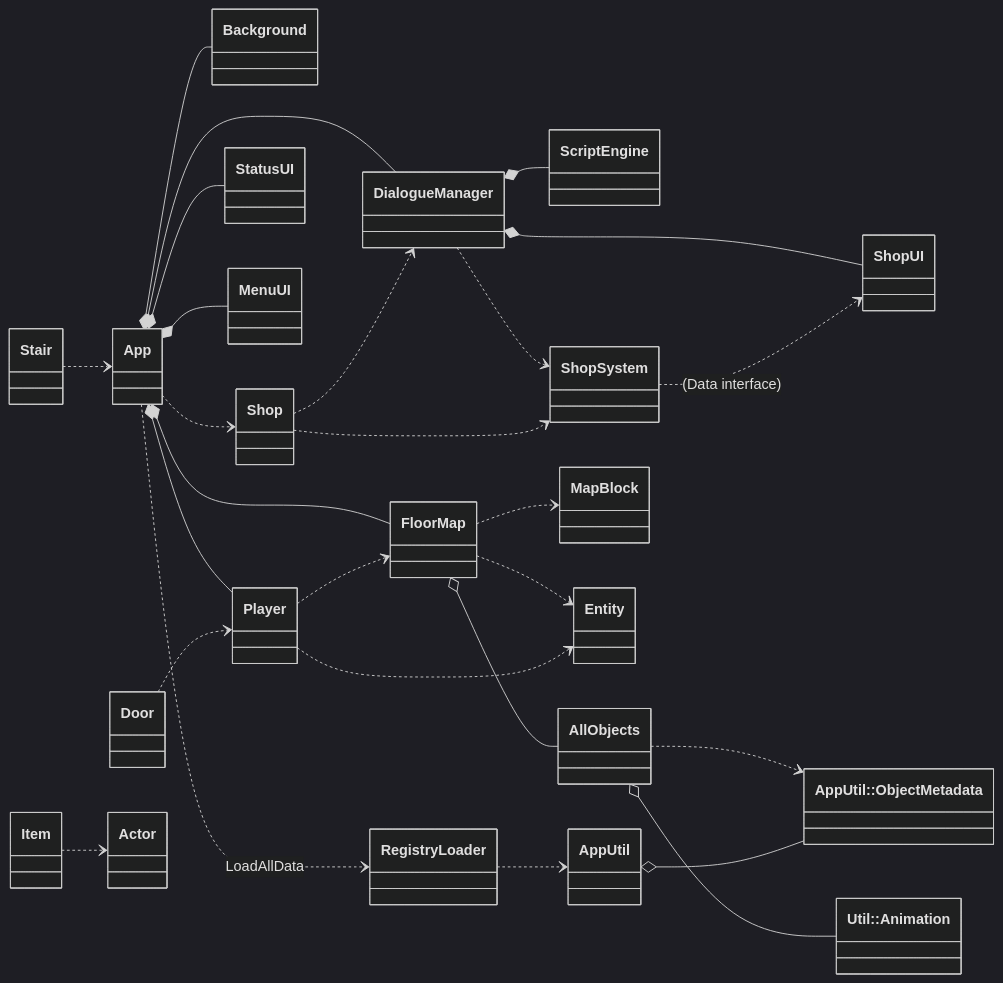
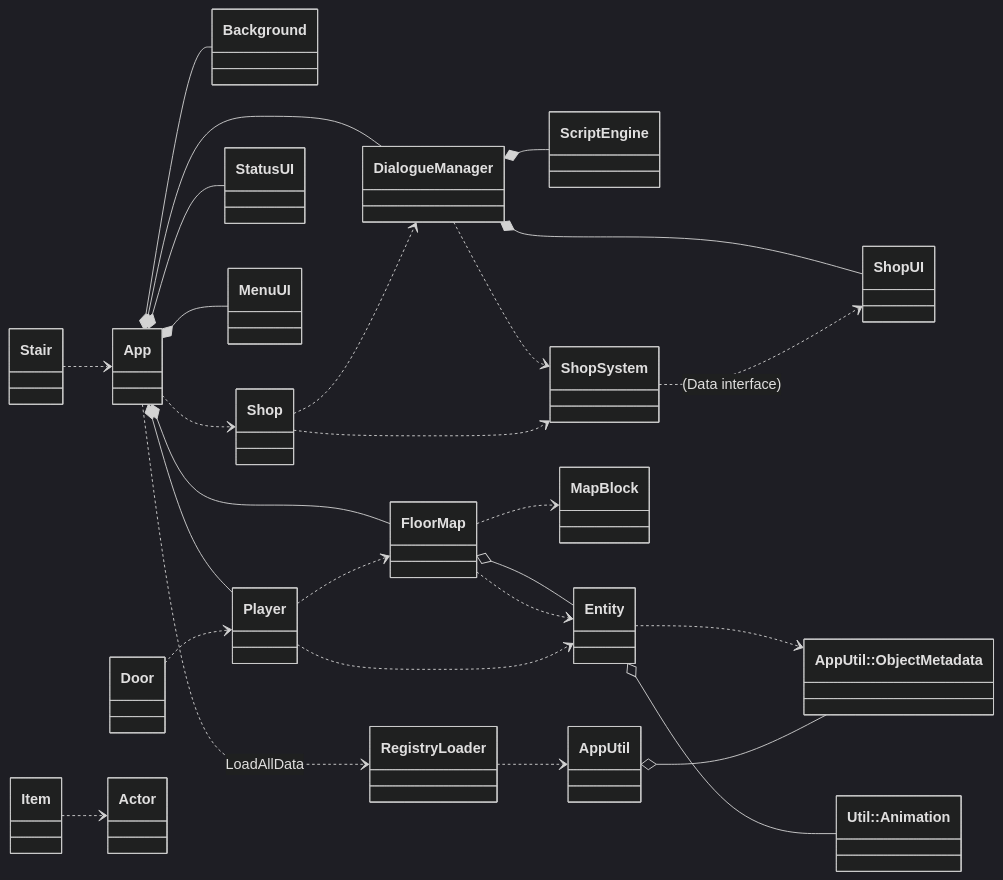
Before and after one commit to XWJWPIY/schoolwork_recreate_magic_tower: the fourth of 4 diagrams in Constructure.md, drawn with Mermaid (dark theme). The commit also changed other lines of this file and 10 other files, not shown here.

Commit message:
refactor: merge AllObjects into Entity and unify object hierarchy

````diff
--- a/Constructure.md
+++ b/Constructure.md
@@ -437,37 +434,37 @@
 ```mermaid
 classDiagram
     direction LR
     class Animation["Util::Animation"]
     class ObjectMetadata["AppUtil::ObjectMetadata"]
 
     App ..> RegistryLoader : LoadAllData
     App *-- Background
     App *-- FloorMap
     App *-- Player
     App *-- StatusUI
     App *-- MenuUI
     App *-- DialogueManager
     App ..> Shop
     DialogueManager *-- ScriptEngine
     DialogueManager *-- ShopUI
     DialogueManager ..> ShopSystem
     ShopSystem ..> ShopUI : (Data interface)
     Shop ..> ShopSystem
 
-    FloorMap o-- AllObjects
+    FloorMap o-- Entity
     FloorMap ..> MapBlock
     FloorMap ..> Entity
 
-    AllObjects o-- Animation
-    AllObjects ..> ObjectMetadata
+    Entity o-- Animation
+    Entity ..> ObjectMetadata
 
     Player ..> FloorMap
     Player ..> Entity
     Shop ..> DialogueManager
     Door ..> Player
     Item ..> Actor
     Stair ..> App
 
     RegistryLoader ..> AppUtil
     AppUtil o-- ObjectMetadata
 ```
````
